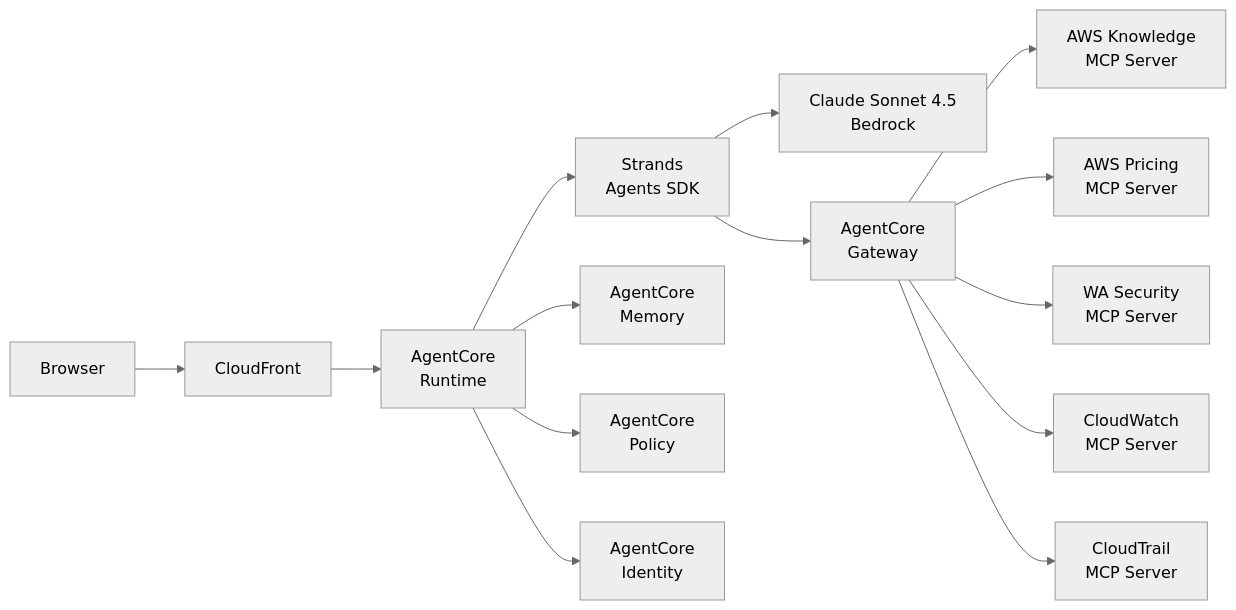
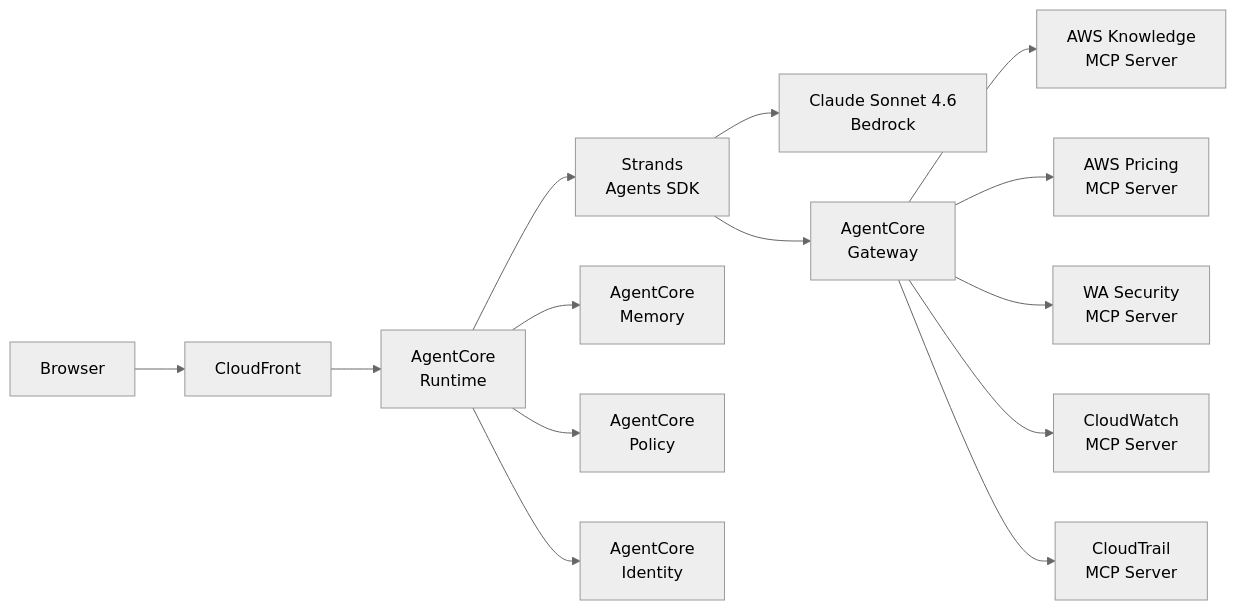
Before and after one commit to RayihBou/AWS-Launch-Pad: the diagram in README.md, drawn with Mermaid (neutral theme). The commit also changed other lines of this file and 2 other files, not shown here.

Commit message:
Upgrade LLM to Claude Sonnet 4.6 (latest, same pricing)
- Model ID: us.anthropic.claude-sonnet-4-6
- Same cost: $3/1M input, $15/1M output
- Updated: Runtime, app.py, README, cost-estimation, memory

````diff
--- a/README.md
+++ b/README.md
@@ -20,16 +20,16 @@
 ```mermaid
 graph LR
     A[Browser] --> B[CloudFront]
     B --> C[AgentCore<br/>Runtime]
     C --> D[Strands<br/>Agents SDK]
-    D --> E[Claude Sonnet 4.5<br/>Bedrock]
+    D --> E[Claude Sonnet 4.6<br/>Bedrock]
     D --> F[AgentCore<br/>Gateway]
     F --> G[AWS Knowledge<br/>MCP Server]
     F --> H[AWS Pricing<br/>MCP Server]
     F --> I[WA Security<br/>MCP Server]
     F --> J[CloudWatch<br/>MCP Server]
     F --> N[CloudTrail<br/>MCP Server]
     C --> K[AgentCore<br/>Memory]
     C --> L[AgentCore<br/>Policy]
     C --> M[AgentCore<br/>Identity]
 ```
````
